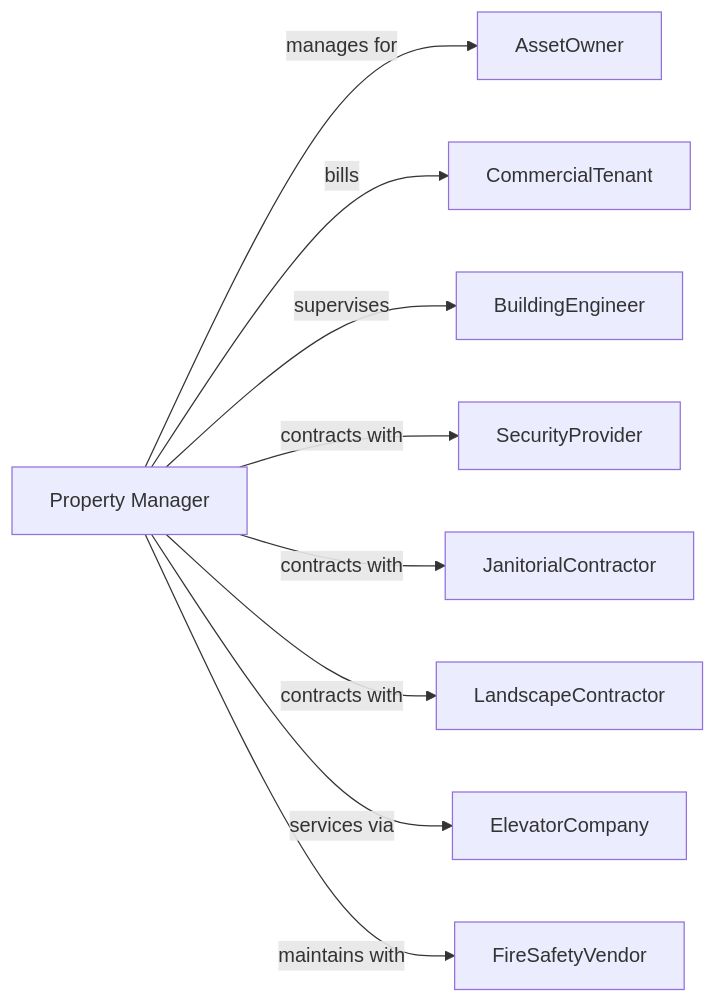
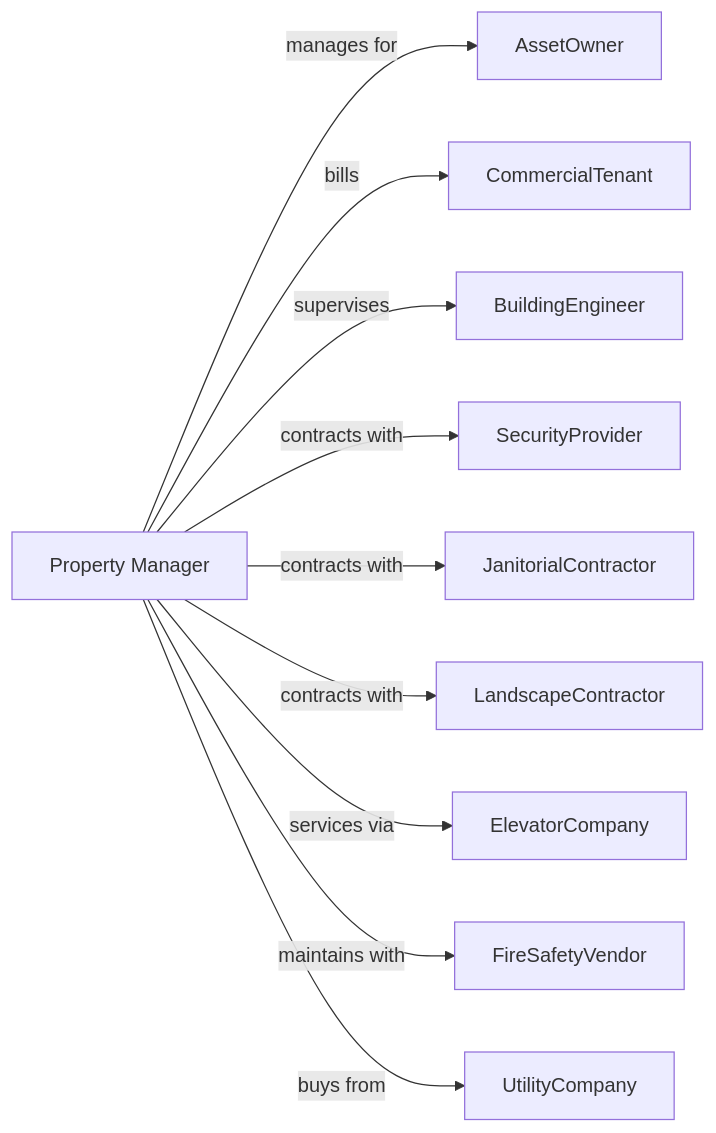
The second of 2 diagrams in RealEstate/RealEstate/ActivitiesRelatedToRealEstate/NonresidentialPropertyManagers.mdx (dot-org-ai/industries.org.ai), drawn with Mermaid before and after one commit. The commit also changed other lines of this file and 588 other files, not shown here.

````diff
--- a/RealEstate/RealEstate/ActivitiesRelatedToRealEstate/NonresidentialPropertyManagers.mdx
+++ b/RealEstate/RealEstate/ActivitiesRelatedToRealEstate/NonresidentialPropertyManagers.mdx
@@ -134,13 +134,14 @@
 ```mermaid
 graph LR
     PM[Property Manager]
 
     PM -->|manages for| AssetOwner
     PM -->|bills| CommercialTenant
     PM -->|supervises| BuildingEngineer
     PM -->|contracts with| SecurityProvider
     PM -->|contracts with| JanitorialContractor
     PM -->|contracts with| LandscapeContractor
     PM -->|services via| ElevatorCompany
     PM -->|maintains with| FireSafetyVendor
+    PM -->|buys from| UtilityCompany
 ```
````
